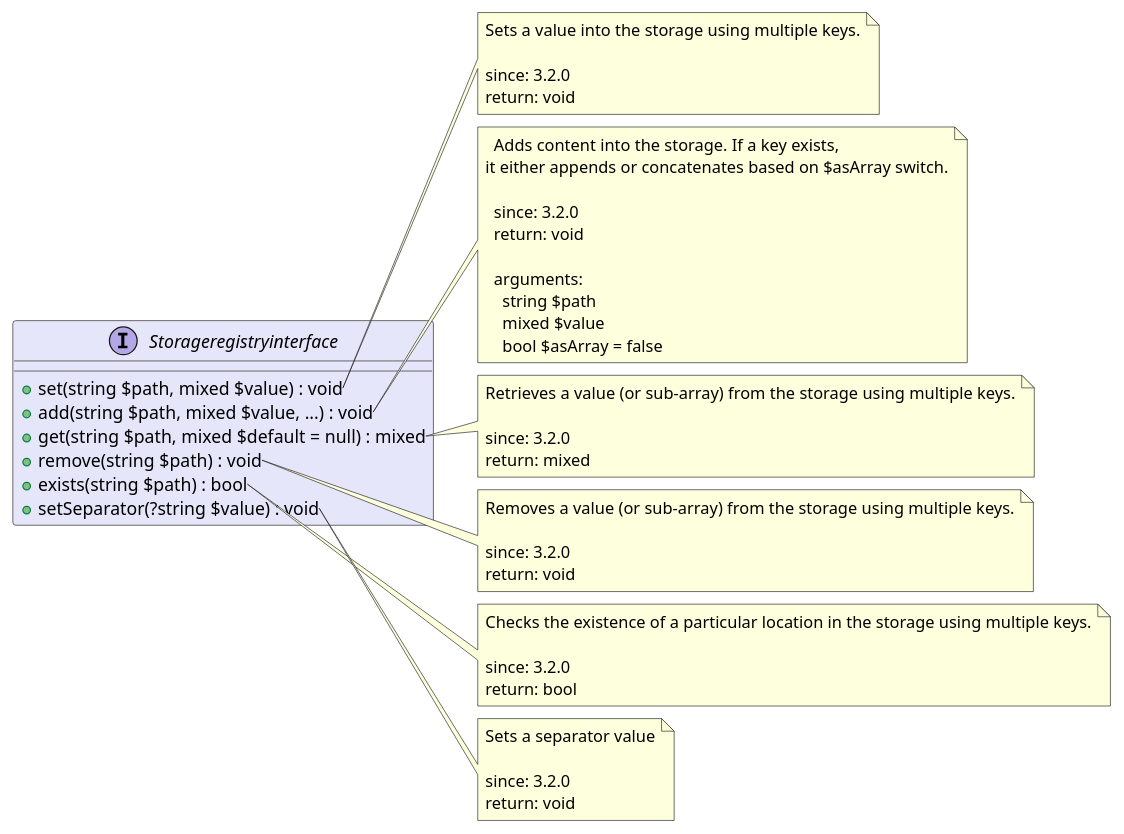
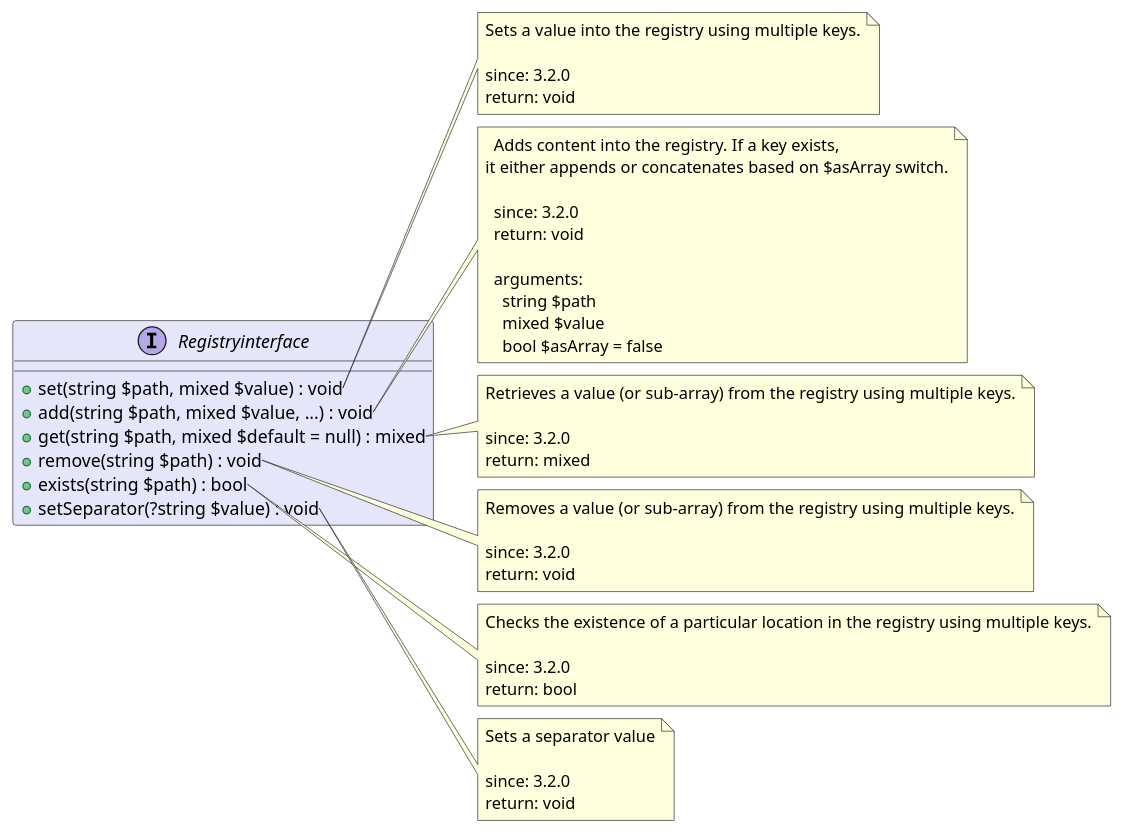
The diagram in src/64e291c2-11f1-423d-a44d-837cc12cc017/README.md (joomengine/super-powers), drawn with PlantUML before and after one commit. The commit also changed other lines of this file and 57 other files, not shown here.

````diff
--- a/src/64e291c2-11f1-423d-a44d-837cc12cc017/README.md
+++ b/src/64e291c2-11f1-423d-a44d-837cc12cc017/README.md
@@ -11,61 +11,61 @@
 ```uml
 @startuml
-interface Storageregistryinterface  #Lavender {
+interface Registryinterface  #Lavender {
   + set(string $path, mixed $value) : void
   + add(string $path, mixed $value, ...) : void
   + get(string $path, mixed $default = null) : mixed
   + remove(string $path) : void
   + exists(string $path) : bool
   + setSeparator(?string $value) : void
 }
 
-note right of Storageregistryinterface::set
-  Sets a value into the storage using multiple keys.
+note right of Registryinterface::set
+  Sets a value into the registry using multiple keys.
 
   since: 3.2.0
   return: void
 end note
 
-note right of Storageregistryinterface::add
-  Adds content into the storage. If a key exists,
+note right of Registryinterface::add
+  Adds content into the registry. If a key exists,
 it either appends or concatenates based on $asArray switch.
 
   since: 3.2.0
   return: void
   
   arguments:
     string $path
     mixed $value
     bool $asArray = false
 end note
 
-note right of Storageregistryinterface::get
-  Retrieves a value (or sub-array) from the storage using multiple keys.
+note right of Registryinterface::get
+  Retrieves a value (or sub-array) from the registry using multiple keys.
 
   since: 3.2.0
   return: mixed
 end note
 
-note right of Storageregistryinterface::remove
-  Removes a value (or sub-array) from the storage using multiple keys.
+note right of Registryinterface::remove
+  Removes a value (or sub-array) from the registry using multiple keys.
 
   since: 3.2.0
   return: void
 end note
 
-note right of Storageregistryinterface::exists
-  Checks the existence of a particular location in the storage using multiple keys.
+note right of Registryinterface::exists
+  Checks the existence of a particular location in the registry using multiple keys.
 
   since: 3.2.0
   return: bool
 end note
 
-note right of Storageregistryinterface::setSeparator
+note right of Registryinterface::setSeparator
   Sets a separator value
 
   since: 3.2.0
   return: void
 end note
  
 @enduml
 ```
````
